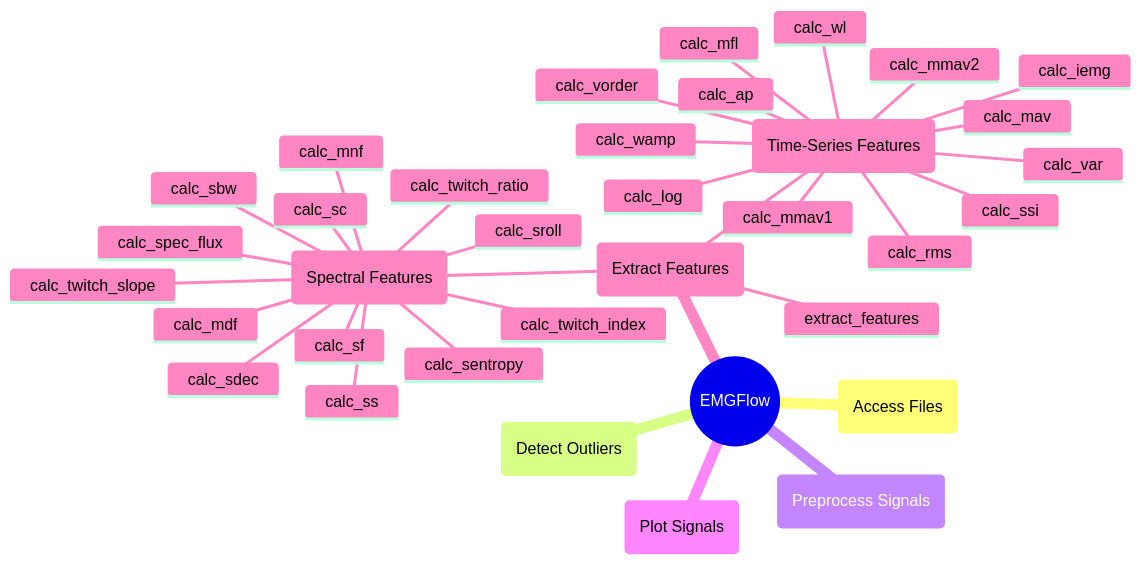
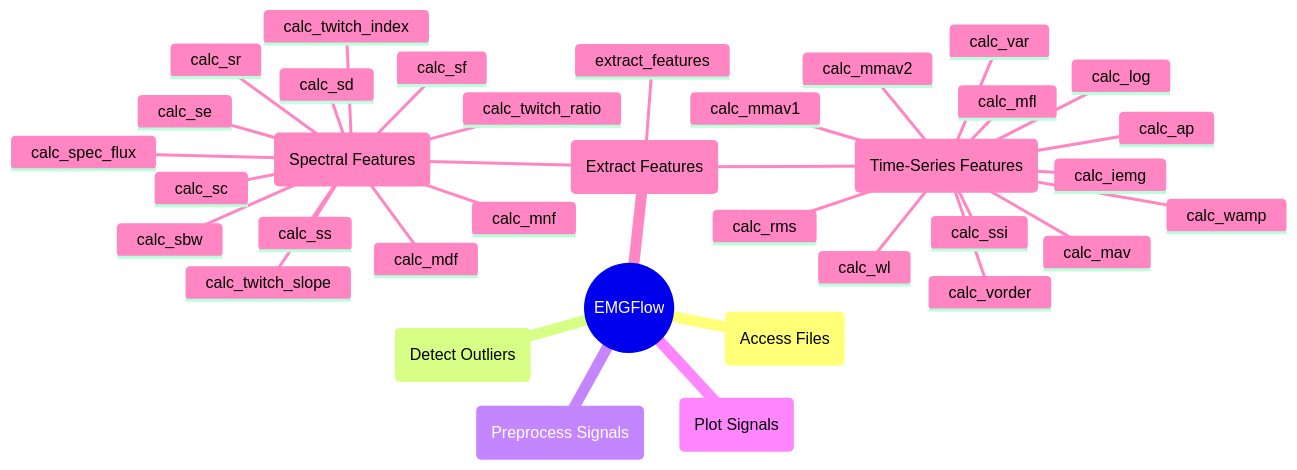
One commit to WiIIson/EMGFlow-Python-Package changed the diagram in docs/reference/extract-features.md. Above: the diagram before and after it, drawn with Mermaid.

Commit message:
Updated extract-features flowchart
Updated names of some functions

````diff
--- a/docs/reference/extract-features.md
+++ b/docs/reference/extract-features.md
@@ -7,38 +7,38 @@
 ```mermaid
 mindmap
     root((EMGFlow))
         AF(Access Files)
         DO(Detect Outliers)
         PrS(Preprocess Signals)
         PlS(Plot Signals)
         EF(Extract Features)
             (Time-Series Features)
                 calc_iemg
                 calc_mav
                 calc_mmav1
                 calc_mmav2
                 calc_ssi
                 calc_var
                 calc_vorder
                 calc_rms
                 calc_wl
                 calc_wamp
                 calc_log
                 calc_mfl
                 calc_ap
             (Spectral Features)
                 calc_spec_flux
                 calc_mdf
                 calc_mnf
                 calc_twitch_ratio
                 calc_twitch_index
                 calc_twitch_slope
                 calc_sc
                 calc_sf
                 calc_ss
-                calc_sdec
-                calc_sentropy
-                calc_sroll
+                calc_sd
+                calc_se
+                calc_sr
                 calc_sbw
             extract_features
 ```
````
